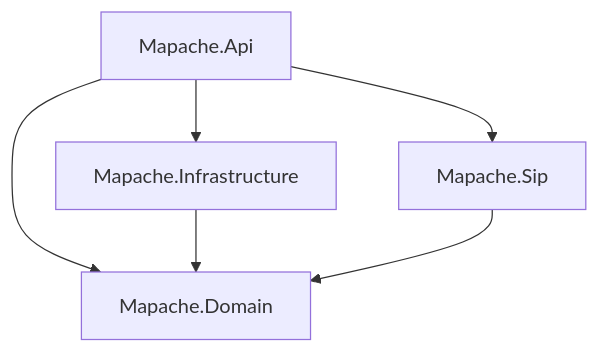
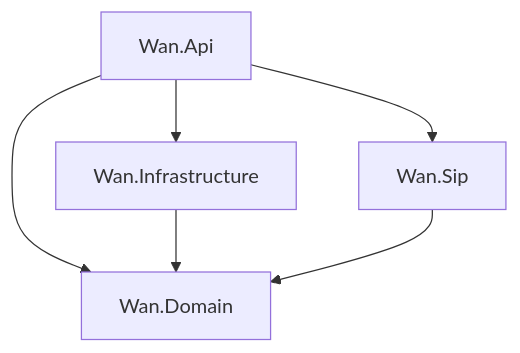
Before and after one commit to stevengazo/Wan-API: the third of 3 diagrams in README.md, drawn with Mermaid. The commit also changed other lines of this file and 218 other files, not shown here.

````diff
--- a/README.md
+++ b/README.md
@@ -158,8 +158,8 @@
 ```mermaid
 flowchart TD
-    Api[Mapache.Api] --> Domain[Mapache.Domain]
-    Api --> Infra[Mapache.Infrastructure]
-    Api --> Sip[Mapache.Sip]
+    Api[Wan.Api] --> Domain[Wan.Domain]
+    Api --> Infra[Wan.Infrastructure]
+    Api --> Sip[Wan.Sip]
     Infra --> Domain
     Sip --> Domain
 ```
````
